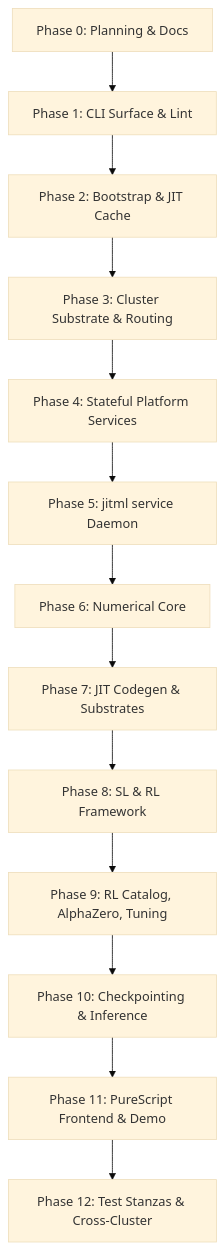
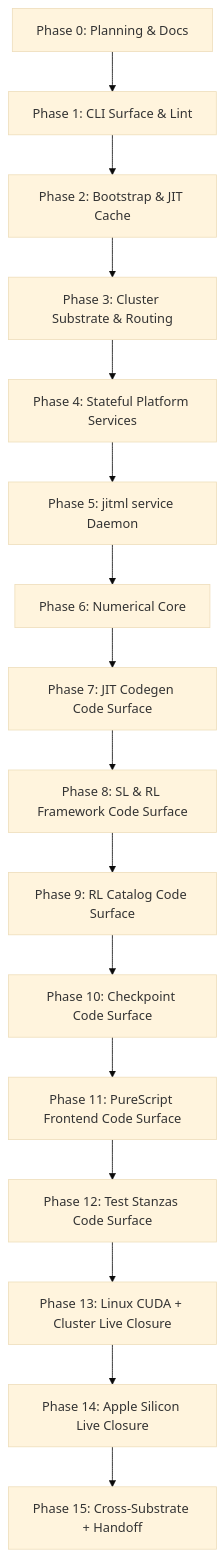
The diagram in DEVELOPMENT_PLAN/README.md (Tuee22/jitML), drawn with Mermaid (base theme) before and after one commit. The commit also changed other lines of this file and 13 other files, not shown here.

````diff
--- a/DEVELOPMENT_PLAN/README.md
+++ b/DEVELOPMENT_PLAN/README.md
@@ -571,28 +583,34 @@
 ```mermaid
 flowchart TB
     P0[Phase 0: Planning & Docs]
     P1[Phase 1: CLI Surface & Lint]
     P2[Phase 2: Bootstrap & JIT Cache]
     P3[Phase 3: Cluster Substrate & Routing]
     P4[Phase 4: Stateful Platform Services]
     P5[Phase 5: jitml service Daemon]
     P6[Phase 6: Numerical Core]
-    P7[Phase 7: JIT Codegen & Substrates]
-    P8[Phase 8: SL & RL Framework]
-    P9[Phase 9: RL Catalog, AlphaZero, Tuning]
-    P10[Phase 10: Checkpointing & Inference]
-    P11[Phase 11: PureScript Frontend & Demo]
-    P12[Phase 12: Test Stanzas & Cross-Cluster]
+    P7[Phase 7: JIT Codegen Code Surface]
+    P8[Phase 8: SL & RL Framework Code Surface]
+    P9[Phase 9: RL Catalog Code Surface]
+    P10[Phase 10: Checkpoint Code Surface]
+    P11[Phase 11: PureScript Frontend Code Surface]
+    P12[Phase 12: Test Stanzas Code Surface]
+    P13[Phase 13: Linux CUDA + Cluster Live Closure]
+    P14[Phase 14: Apple Silicon Live Closure]
+    P15[Phase 15: Cross-Substrate + Handoff]
     P0 --> P1
     P1 --> P2
     P2 --> P3
     P3 --> P4
     P4 --> P5
     P5 --> P6
     P6 --> P7
     P7 --> P8
     P8 --> P9
     P9 --> P10
     P10 --> P11
     P11 --> P12
+    P12 --> P13
+    P13 --> P14
+    P14 --> P15
 ```
````
